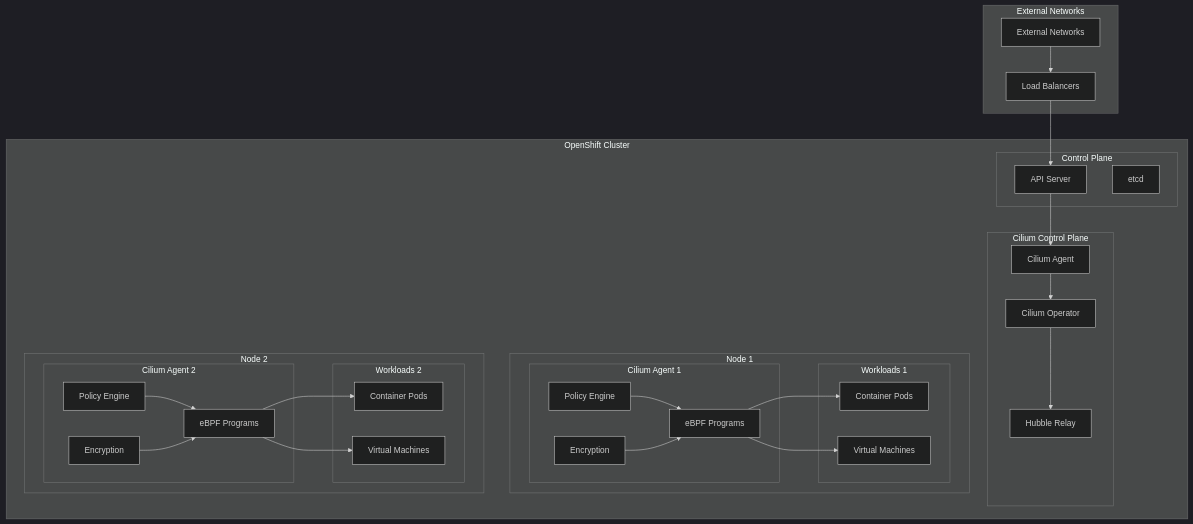
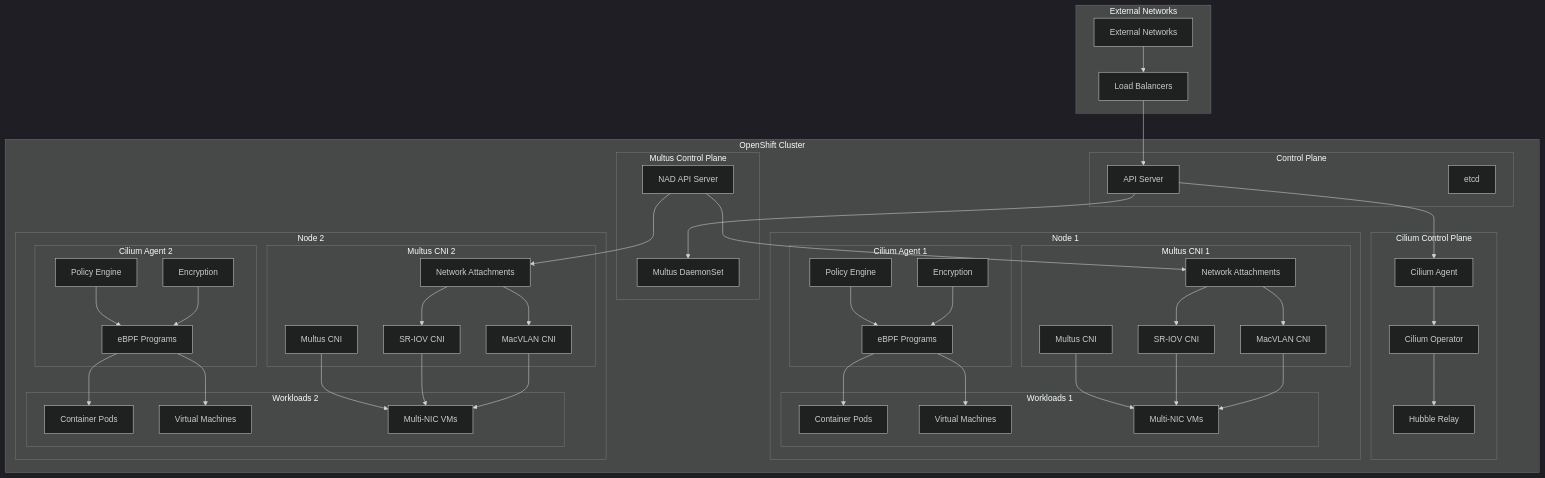
The first of 6 diagrams in docs/architecture/network.md (brunseba/rh-ove-ecosystem), drawn with Mermaid (dark theme) before and after one commit. The commit also changed other lines of this file and 39 other files, not shown here.

```diff
--- a/docs/architecture/network.md
+++ b/docs/architecture/network.md
@@ -37,6 +37,11 @@
             HUB[Hubble Relay]
         end
         
+        subgraph "Multus Control Plane"
+            MDS[Multus DaemonSet]
+            NADAPI[NAD API Server]
+        end
+        
         subgraph "Node 1"
             subgraph "Cilium Agent 1"
                 EBPF1[eBPF Programs]
@@ -44,9 +49,17 @@
                 ENC1[Encryption]
             end
             
+            subgraph "Multus CNI 1"
+                MCNI1[Multus CNI]
+                NAD1[Network Attachments]
+                SRIOV1[SR-IOV CNI]
+                MACVLAN1[MacVLAN CNI]
+            end
+            
             subgraph "Workloads 1"
                 POD1[Container Pods]
                 VM1[Virtual Machines]
+                MVMI1[Multi-NIC VMs]
             end
         end
         
@@ -57,9 +70,17 @@
                 ENC2[Encryption]
             end
             
+            subgraph "Multus CNI 2"
+                MCNI2[Multus CNI]
+                NAD2[Network Attachments]
+                SRIOV2[SR-IOV CNI]
+                MACVLAN2[MacVLAN CNI]
+            end
+            
             subgraph "Workloads 2"
                 POD2[Container Pods]
                 VM2[Virtual Machines]
+                MVMI2[Multi-NIC VMs]
             end
         end
     end
@@ -67,14 +88,30 @@
     EXT --> LB
     LB --> API
     API --> CA
+    API --> MDS
     CA --> CO
     CO --> HUB
+    
+    NADAPI --> NAD1
+    NADAPI --> NAD2
     
     EBPF1 --> POD1
     EBPF1 --> VM1
     EBPF2 --> POD2
     EBPF2 --> VM2
     
+    MCNI1 --> MVMI1
+    MCNI2 --> MVMI2
+    NAD1 --> SRIOV1
+    NAD1 --> MACVLAN1
+    NAD2 --> SRIOV2
+    NAD2 --> MACVLAN2
+    
+    SRIOV1 --> MVMI1
+    MACVLAN1 --> MVMI1
+    SRIOV2 --> MVMI2
+    MACVLAN2 --> MVMI2
+    
     POL1 --> EBPF1
     POL2 --> EBPF2
     ENC1 --> EBPF1
```
